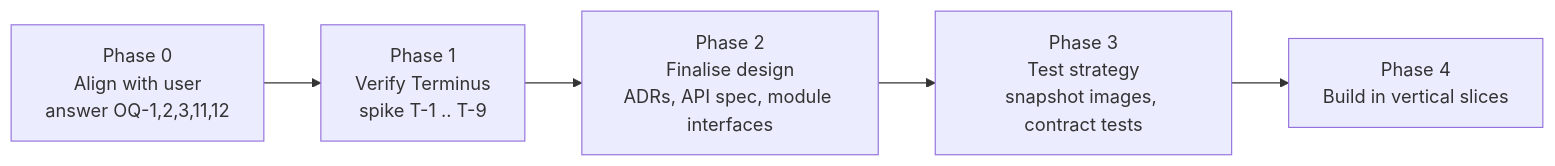
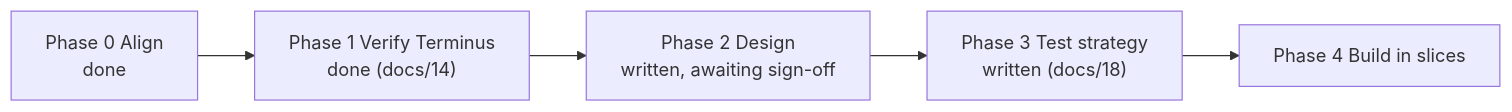
The diagram in trmnl-calendar/docs/10-roadmap.md (sirvishal-homelab/homelab), drawn with Mermaid before and after one commit. The commit also changed other lines of this file and 49 other files, not shown here.

First line of the commit message:
docs: complete trmnl-calendar design set (docs 00-18, ADRs 0001-0010)

````diff
--- a/trmnl-calendar/docs/10-roadmap.md
+++ b/trmnl-calendar/docs/10-roadmap.md
@@ -5,8 +6,7 @@
 ```mermaid
 flowchart LR
-  P0["Phase 0<br/>Align with user<br/>answer OQ-1,2,3,11,12"] --> P1
-  P1["Phase 1<br/>Verify Terminus<br/>spike T-1 .. T-9"] --> P2
-  P2["Phase 2<br/>Finalise design<br/>ADRs, API spec, module interfaces"] --> P3
-  P3["Phase 3<br/>Test strategy<br/>snapshot images, contract tests"] --> P4
-  P4["Phase 4<br/>Build in vertical slices"]
+  P0["Phase 0 Align<br/>done"] --> P1["Phase 1 Verify Terminus<br/>done (docs/14)"]
+  P1 --> P2["Phase 2 Design<br/>written, awaiting sign-off"]
+  P2 --> P3["Phase 3 Test strategy<br/>written (docs/18)"]
+  P3 --> P4["Phase 4 Build in slices"]
 ```
````
